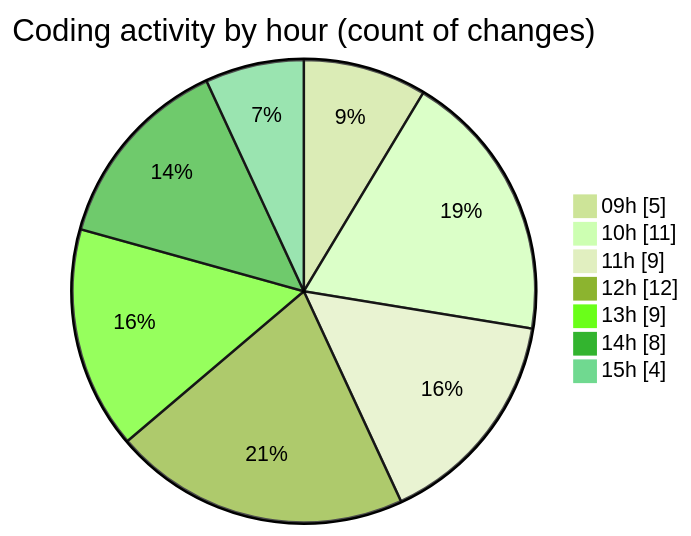
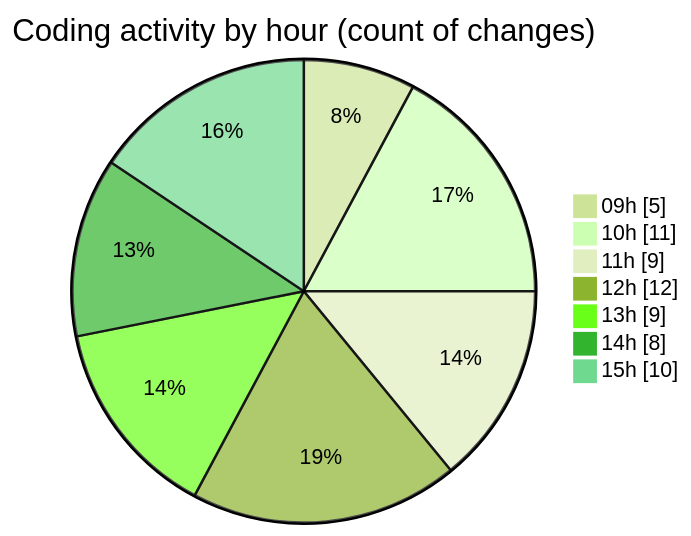
One commit to momahboobian/code-tracking changed the second of 2 diagrams in 2025-03-11/cda/README.md. Above: the diagram before and after it, drawn with Mermaid (forest theme). The commit also changed other lines of this file and 1 other file, not shown here.

````diff
--- a/2025-03-11/cda/README.md
+++ b/2025-03-11/cda/README.md
@@ -42,11 +45,11 @@
 ```mermaid
 pie showData
 title Coding activity by hour (count of changes)
 "09h" : 5
 "10h" : 11
 "11h" : 9
 "12h" : 12
 "13h" : 9
 "14h" : 8
-"15h" : 4
+"15h" : 10
 ```
````
